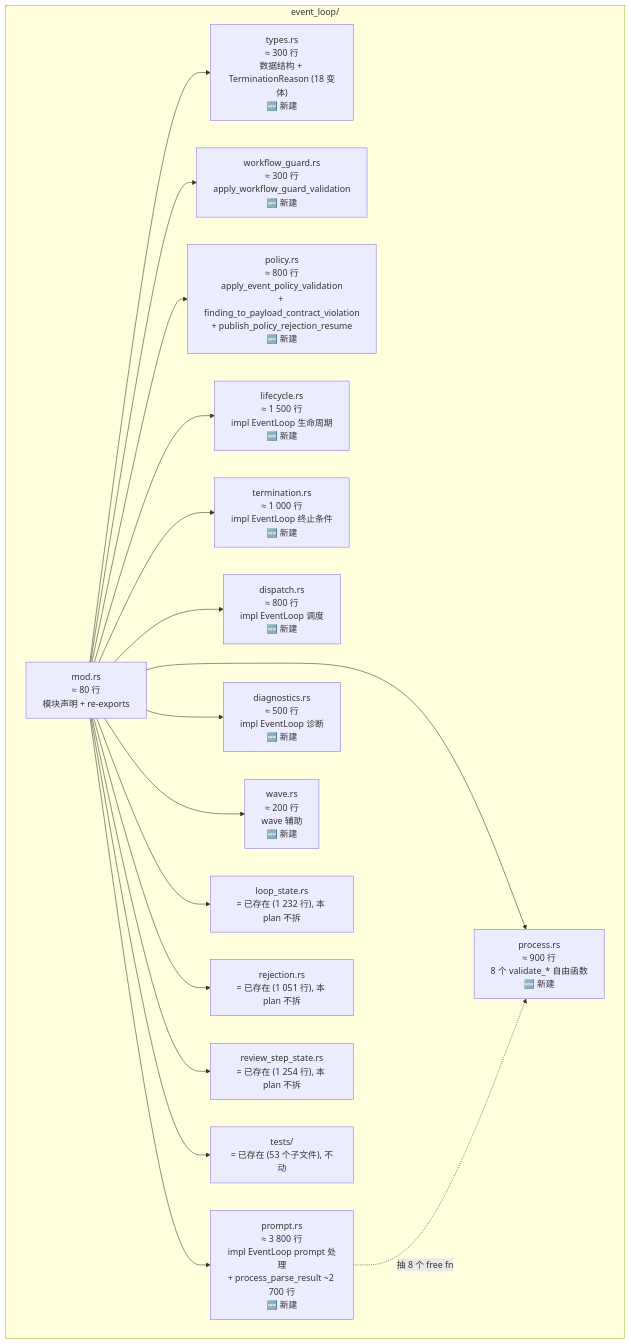
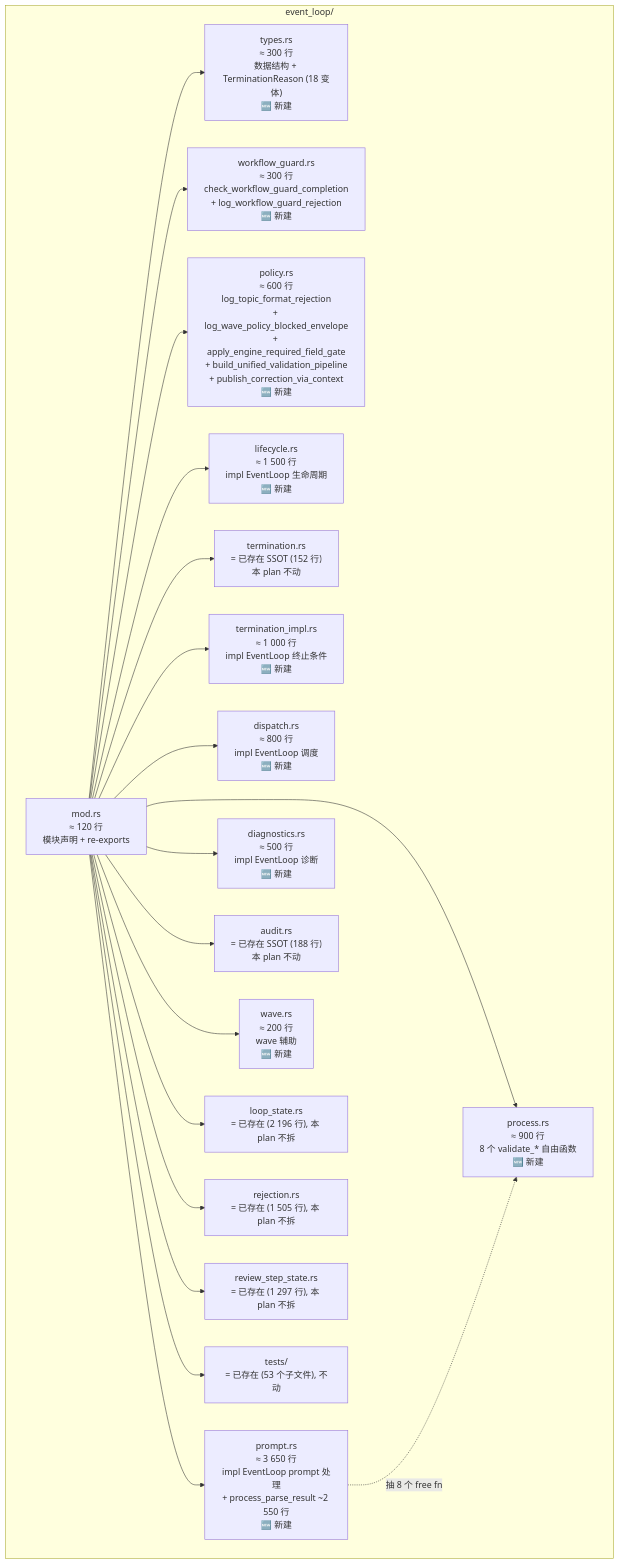
One commit to pittcat/ralph-orchestrator changed the first of 3 diagrams in docs/plans/2026-06-10-003-refactor-event-loop-and-loop-runner-tests-split-plan.md. Above: the diagram before and after it, drawn with Mermaid. The commit also changed other lines of this file, not shown here.

First line of the commit message:
docs(plan): 将 event-loop 拆分计划刷新到 v14 baseline

````diff
--- a/docs/plans/2026-06-10-003-refactor-event-loop-and-loop-runner-tests-split-plan.md
+++ b/docs/plans/2026-06-10-003-refactor-event-loop-and-loop-runner-tests-split-plan.md
@@ -175,35 +178,39 @@
 ```mermaid
 flowchart TB
   subgraph event_loop["event_loop/"]
-    mod_rs["mod.rs<br/>≈ 80 行<br/>模块声明 + re-exports"]
+    mod_rs["mod.rs<br/>≈ 120 行<br/>模块声明 + re-exports"]
     types["types.rs<br/>≈ 300 行<br/>数据结构 + TerminationReason (18 变体)<br/>🆕 新建"]
-    workflow["workflow_guard.rs<br/>≈ 300 行<br/>apply_workflow_guard_validation<br/>🆕 新建"]
-    policy["policy.rs<br/>≈ 800 行<br/>apply_event_policy_validation<br/>+ finding_to_payload_contract_violation<br/>+ publish_policy_rejection_resume<br/>🆕 新建"]
+    workflow["workflow_guard.rs<br/>≈ 300 行<br/>check_workflow_guard_completion<br/>+ log_workflow_guard_rejection<br/>🆕 新建"]
+    policy["policy.rs<br/>≈ 600 行<br/>log_topic_format_rejection<br/>+ log_wave_policy_blocked_envelope<br/>+ apply_engine_required_field_gate<br/>+ build_unified_validation_pipeline<br/>+ publish_correction_via_context<br/>🆕 新建"]
     lifecycle["lifecycle.rs<br/>≈ 1 500 行<br/>impl EventLoop 生命周期<br/>🆕 新建"]
-    termination["termination.rs<br/>≈ 1 000 行<br/>impl EventLoop 终止条件<br/>🆕 新建"]
+    termination_ssot["termination.rs<br/>= 已存在 SSOT (152 行)<br/>本 plan 不动"]
+    termination_impl["termination_impl.rs<br/>≈ 1 000 行<br/>impl EventLoop 终止条件<br/>🆕 新建"]
     dispatch["dispatch.rs<br/>≈ 800 行<br/>impl EventLoop 调度<br/>🆕 新建"]
-    prompt["prompt.rs<br/>≈ 3 800 行<br/>impl EventLoop prompt 处理<br/>+ process_parse_result ~2 700 行<br/>🆕 新建"]
+    prompt["prompt.rs<br/>≈ 3 650 行<br/>impl EventLoop prompt 处理<br/>+ process_parse_result ~2 550 行<br/>🆕 新建"]
     diagnostics["diagnostics.rs<br/>≈ 500 行<br/>impl EventLoop 诊断<br/>🆕 新建"]
+    audit["audit.rs<br/>= 已存在 SSOT (188 行)<br/>本 plan 不动"]
     process["process.rs<br/>≈ 900 行<br/>8 个 validate_* 自由函数<br/>🆕 新建"]
     wave["wave.rs<br/>≈ 200 行<br/>wave 辅助<br/>🆕 新建"]
-    loop_state["loop_state.rs<br/>= 已存在 (1 232 行), 本 plan 不拆"]
-    rejection["rejection.rs<br/>= 已存在 (1 051 行), 本 plan 不拆"]
-    review_step["review_step_state.rs<br/>= 已存在 (1 254 行), 本 plan 不拆"]
+    loop_state["loop_state.rs<br/>= 已存在 (2 196 行), 本 plan 不拆"]
+    rejection["rejection.rs<br/>= 已存在 (1 505 行), 本 plan 不拆"]
+    review_step["review_step_state.rs<br/>= 已存在 (1 297 行), 本 plan 不拆"]
     tests["tests/<br/>= 已存在 (53 个子文件), 不动"]
   end
   mod_rs --> types
   mod_rs --> workflow
   mod_rs --> policy
   mod_rs --> lifecycle
-  mod_rs --> termination
+  mod_rs --> termination_ssot
+  mod_rs --> termination_impl
   mod_rs --> dispatch
   mod_rs --> prompt
   mod_rs --> diagnostics
+  mod_rs --> audit
   mod_rs --> process
   mod_rs --> wave
   mod_rs --> loop_state
   mod_rs --> rejection
   mod_rs --> review_step
   mod_rs --> tests
   prompt -.抽 8 个 free fn.-> process
 ```
````
